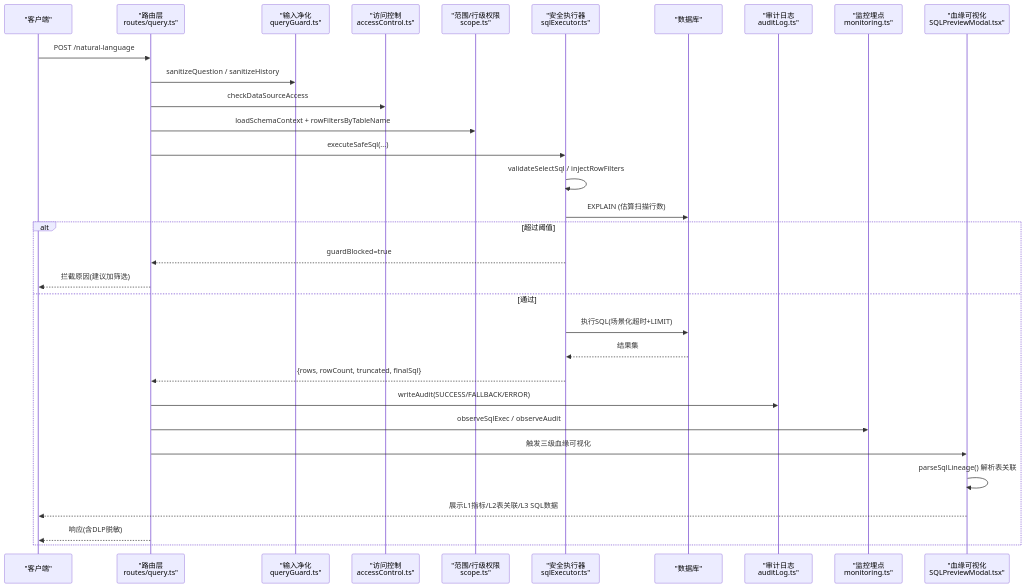
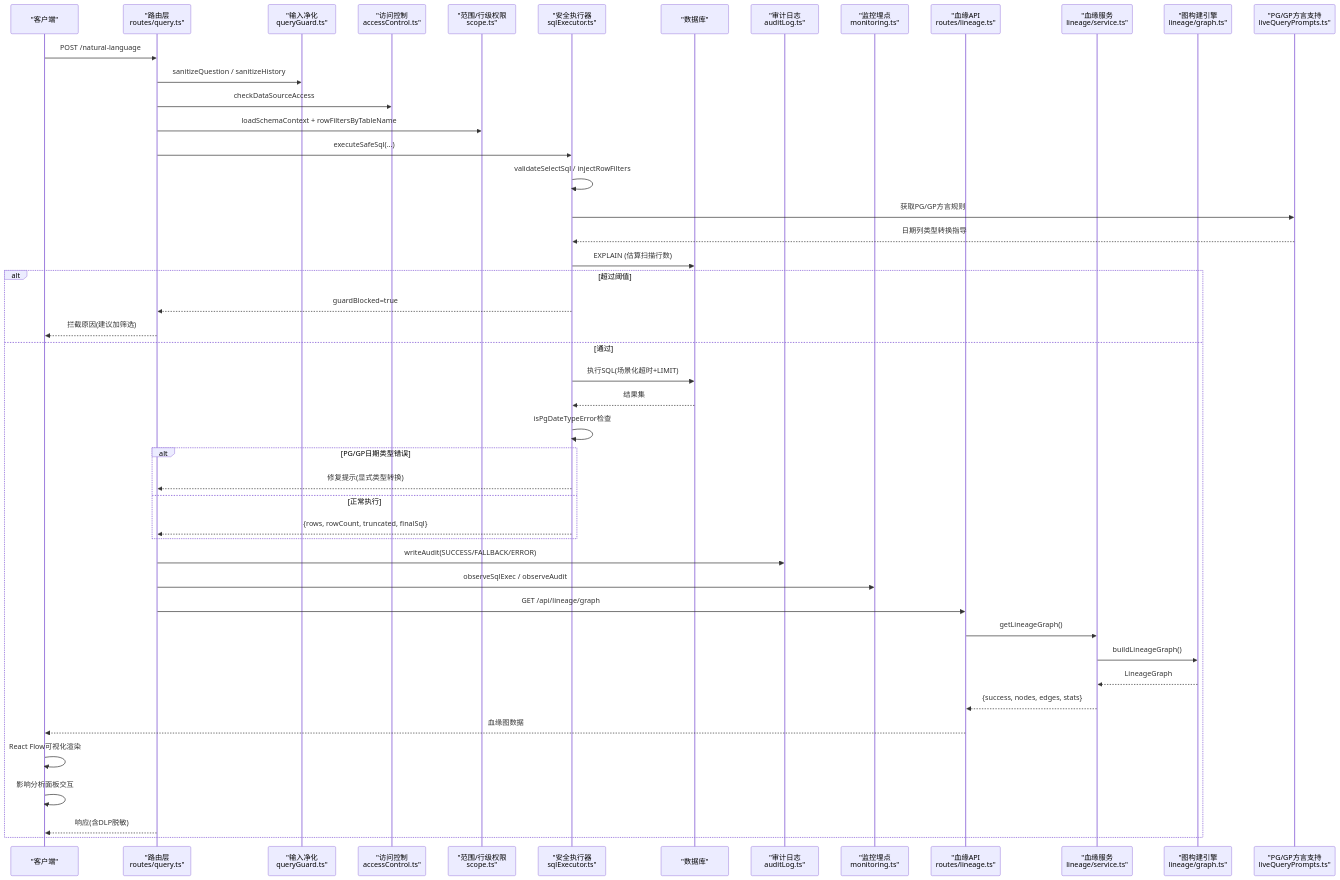
One commit to dgjin/smart-data-analytics changed the second of 7 diagrams in .qoder/repowiki/zh/content/系统架构/核心组件详解/查询处理引擎/SQL执行器与安全控制.md. Above: the diagram before and after it, drawn with Mermaid. The commit also changed other lines of this file and 146 other files, not shown here.

````diff
--- a/.qoder/repowiki/zh/content/系统架构/核心组件详解/查询处理引擎/SQL执行器与安全控制.md
+++ b/.qoder/repowiki/zh/content/系统架构/核心组件详解/查询处理引擎/SQL执行器与安全控制.md
@@ -112,34 +134,49 @@
 ```mermaid
 sequenceDiagram
 participant C as "客户端"
 participant R as "路由层<br/>routes/query.ts"
 participant G as "输入净化<br/>queryGuard.ts"
 participant A as "访问控制<br/>accessControl.ts"
 participant S as "范围/行级权限<br/>scope.ts"
 participant E as "安全执行器<br/>sqlExecutor.ts"
 participant D as "数据库"
 participant AU as "审计日志<br/>auditLog.ts"
 participant M as "监控埋点<br/>monitoring.ts"
-participant L as "血缘可视化<br/>SQLPreviewModal.tsx"
+participant L as "血缘API<br/>routes/lineage.ts"
+participant LS as "血缘服务<br/>lineage/service.ts"
+participant GE as "图构建引擎<br/>lineage/graph.ts"
+participant P as "PG/GP方言支持<br/>liveQueryPrompts.ts"
 C->>R : POST /natural-language
 R->>G : sanitizeQuestion / sanitizeHistory
 R->>A : checkDataSourceAccess
 R->>S : loadSchemaContext + rowFiltersByTableName
 R->>E : executeSafeSql(...)
 E->>E : validateSelectSql / injectRowFilters
+E->>P : 获取PG/GP方言规则
+P-->>E : 日期列类型转换指导
 E->>D : EXPLAIN (估算扫描行数)
 alt 超过阈值
 E-->>R : guardBlocked=true
 R-->>C : 拦截原因(建议加筛选)
 else 通过
 E->>D : 执行SQL(场景化超时+LIMIT)
 D-->>E : 结果集
+E->>E : isPgDateTypeError检查
+alt PG/GP日期类型错误
+E-->>R : 修复提示(显式类型转换)
+else 正常执行
 E-->>R : {rows, rowCount, truncated, finalSql}
+end
 R->>AU : writeAudit(SUCCESS/FALLBACK/ERROR)
 R->>M : observeSqlExec / observeAudit
-R->>L : 触发三级血缘可视化
-L->>L : parseSqlLineage() 解析表关联
-L-->>C : 展示L1指标/L2表关联/L3 SQL数据
+R->>L : GET /api/lineage/graph
+L->>LS : getLineageGraph()
+LS->>GE : buildLineageGraph()
+GE-->>LS : LineageGraph
+LS-->>L : {success, nodes, edges, stats}
+L-->>C : 血缘图数据
+C->>C : React Flow可视化渲染
+C->>C : 影响分析面板交互
 R-->>C : 响应(含DLP脱敏)
 end
 ```
````
